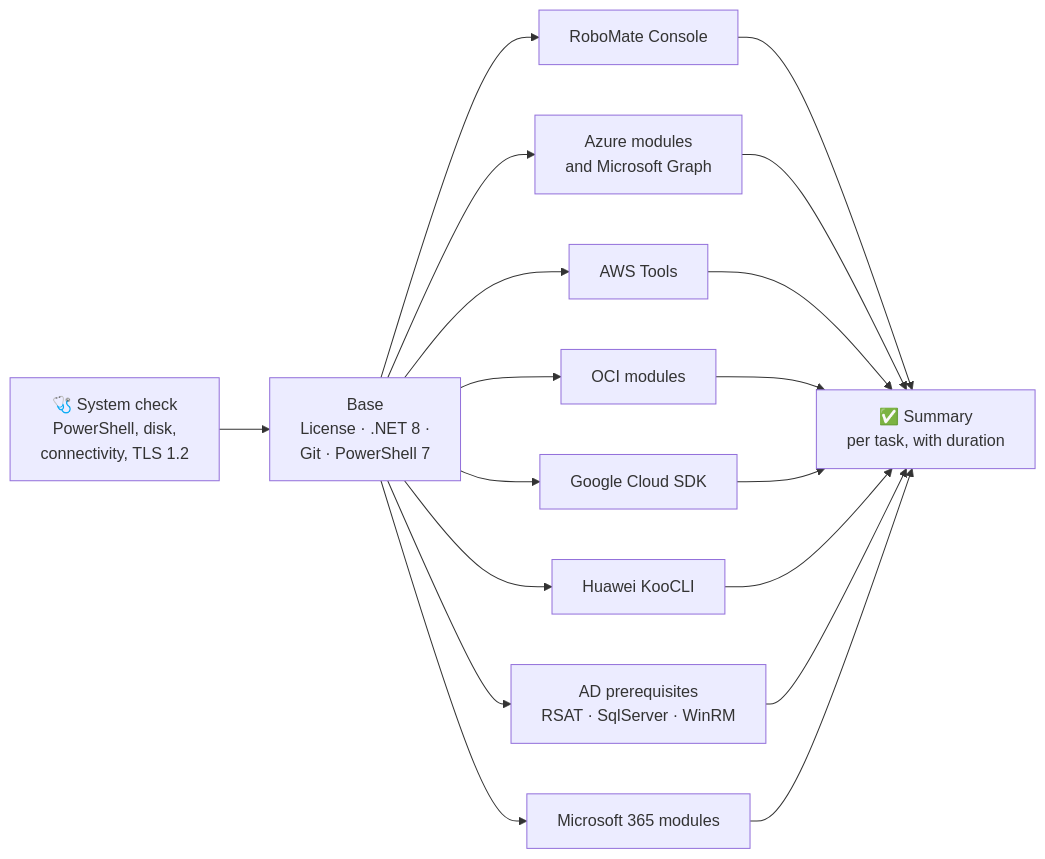
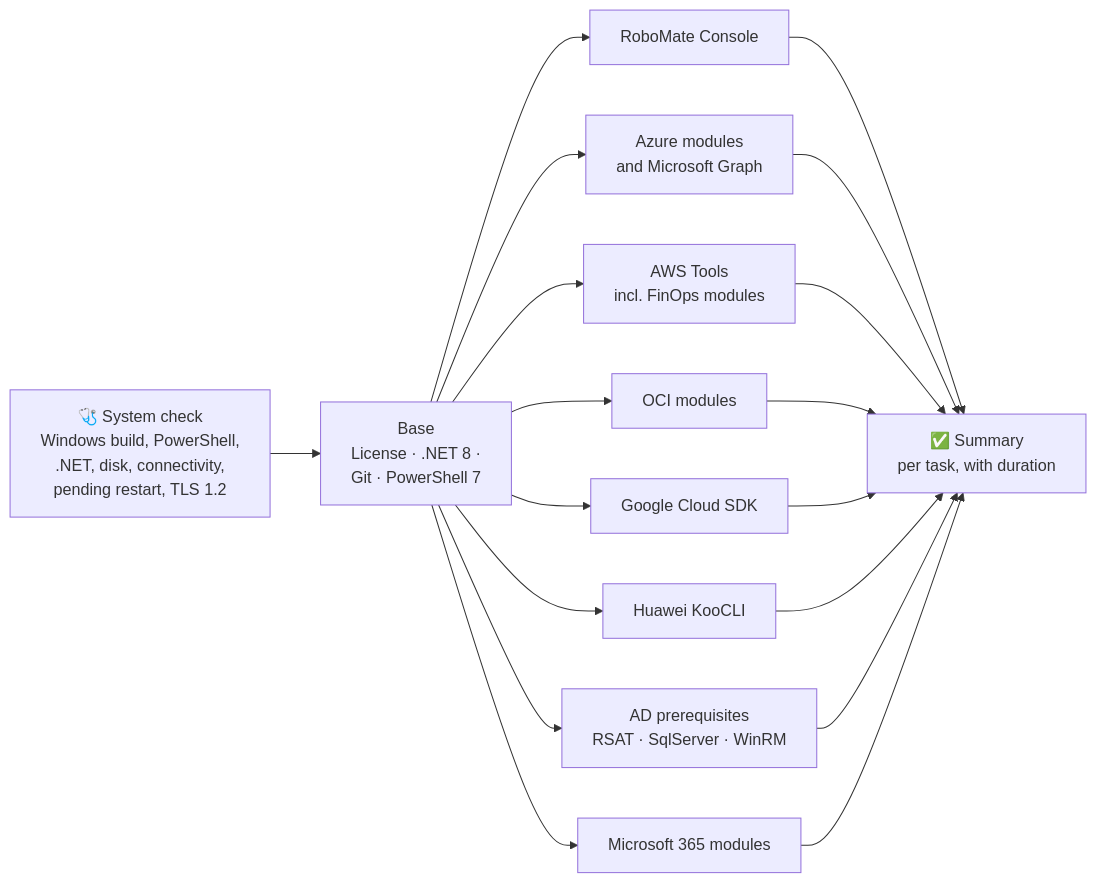
Before and after one commit to MarcoFekry/RoboMate-CloudAutomation: diagram 13 of 13 in README.md, drawn with Mermaid. The commit also changed other lines of this file, not shown here.

````diff
--- a/README.md
+++ b/README.md
@@ -760,13 +692,13 @@
 ```mermaid
 flowchart LR
-    C["🩺 System check<br/>PowerShell, disk,<br/>connectivity, TLS 1.2"] --> B["Base<br/>License · .NET 8 ·<br/>Git · PowerShell 7"]
+    C["🩺 System check<br/>Windows build, PowerShell,<br/>.NET, disk, connectivity,<br/>pending restart, TLS 1.2"] --> B["Base<br/>License · .NET 8 ·<br/>Git · PowerShell 7"]
     B --> CON["RoboMate Console"]
     B --> AZ["Azure modules<br/>and Microsoft Graph"]
-    B --> AW["AWS Tools"]
+    B --> AW["AWS Tools<br/>incl. FinOps modules"]
     B --> OC["OCI modules"]
     B --> GC["Google Cloud SDK"]
     B --> HU["Huawei KooCLI"]
     B --> ADP["AD prerequisites<br/>RSAT · SqlServer · WinRM"]
     B --> M3["Microsoft 365 modules"]
     CON & AZ & AW & OC & GC & HU & ADP & M3 --> D["✅ Summary<br/>per task, with duration"]
 ```
````
